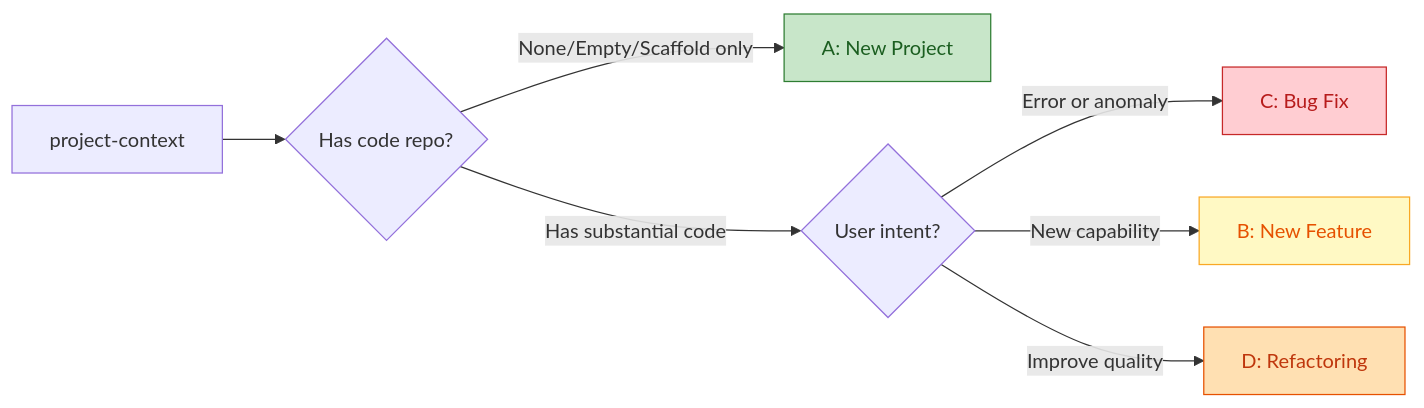
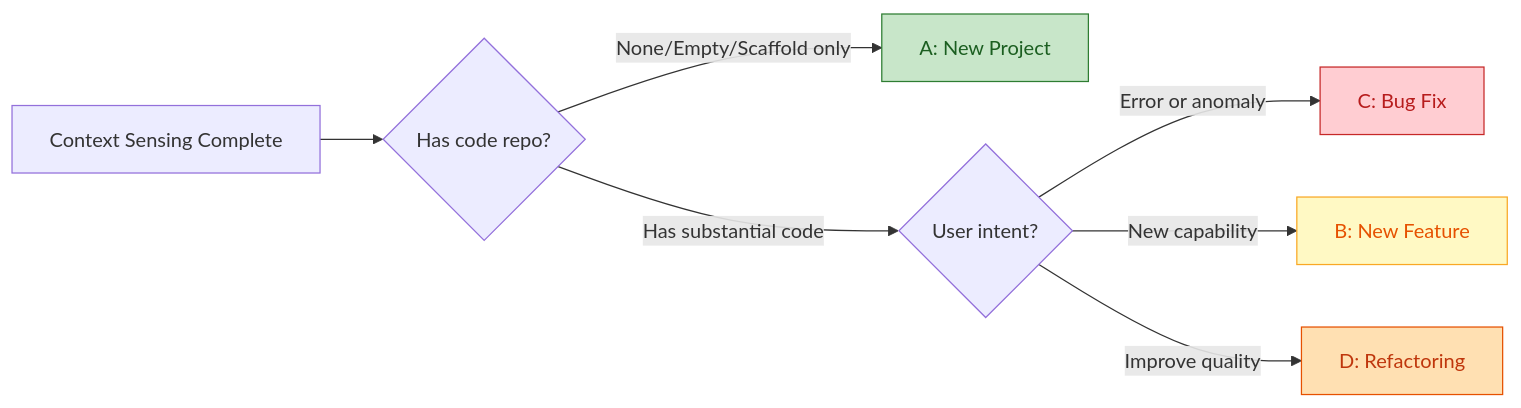
Before and after one commit to YuluoY/Ironweave: the fourth of 7 diagrams in skills-en/orchestrator/SKILL.md, drawn with Mermaid. The commit also changed other lines of this file and 20 other files, not shown here.

````diff
--- a/skills-en/orchestrator/SKILL.md
+++ b/skills-en/orchestrator/SKILL.md
@@ -62,14 +154,14 @@
 ```mermaid
 graph LR
-    CTX_START["project-context"] --> HAS_CODE{"Has code repo?"}
+    CTX_START["Context Sensing Complete"] --> HAS_CODE{"Has code repo?"}
     HAS_CODE -->|"None/Empty/Scaffold only"| NEW["A: New Project"]
     HAS_CODE -->|"Has substantial code"| INTENT{"User intent?"}
     INTENT -->|"Error or anomaly"| BUG["C: Bug Fix"]
     INTENT -->|"New capability"| FEAT["B: New Feature"]
     INTENT -->|"Improve quality"| REFACTOR["D: Refactoring"]
 
     style NEW fill:#c8e6c9,stroke:#2e7d32,color:#1b5e20
     style BUG fill:#ffcdd2,stroke:#c62828,color:#b71c1c
     style FEAT fill:#fff9c4,stroke:#f9a825,color:#e65100
     style REFACTOR fill:#ffe0b2,stroke:#e65100,color:#bf360c
 ```
````
